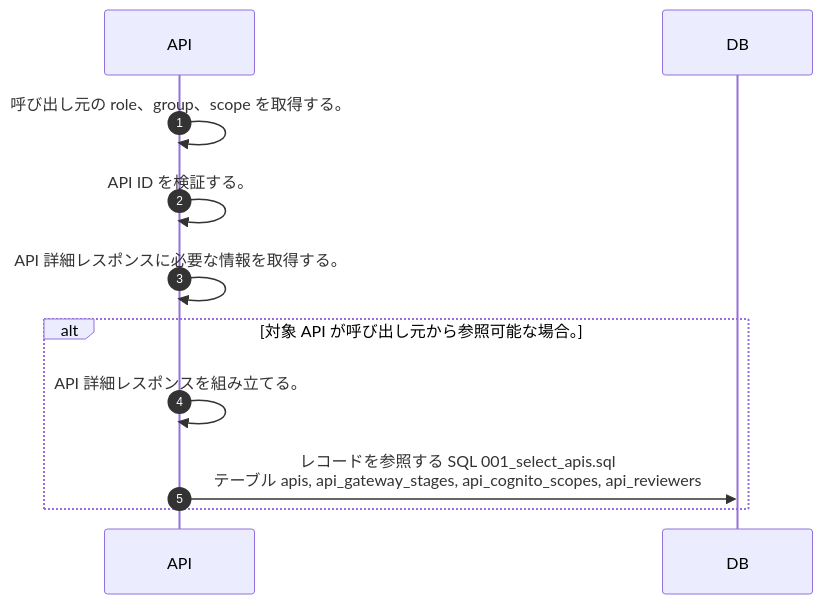
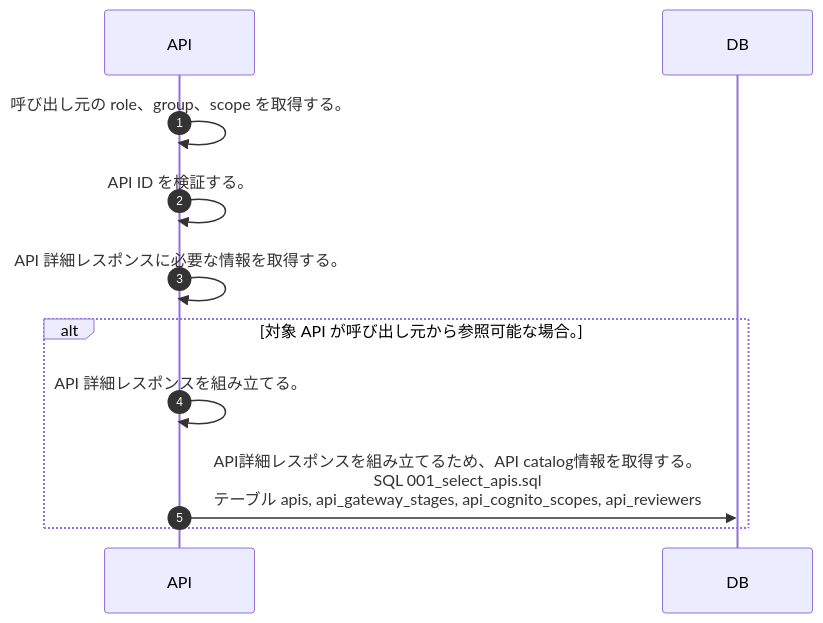
The diagram in docs/spec/40.apis/apis/get_api/sequence_gen.md (tsuji-tomonori/lazunex), drawn with Mermaid before and after one commit. The commit also changed 117 other files, not shown here.

Commit message:
📝 docs(api): SQL意図をシーケンスへ伝播

````diff
--- a/docs/spec/40.apis/apis/get_api/sequence_gen.md
+++ b/docs/spec/40.apis/apis/get_api/sequence_gen.md
@@ -5,13 +5,13 @@
 ```mermaid
 sequenceDiagram
   autonumber
   participant API as API
   participant DB as DB
   API->>API: 呼び出し元の role、group、scope を取得する。
   API->>API: API ID を検証する。
   API->>API: API 詳細レスポンスに必要な情報を取得する。
   alt 対象 API が呼び出し元から参照可能な場合。
     API->>API: API 詳細レスポンスを組み立てる。
-    API->>DB: レコードを参照する SQL 001_select_apis.sql<br/>テーブル apis, api_gateway_stages, api_cognito_scopes, api_reviewers
+    API->>DB: API詳細レスポンスを組み立てるため、API catalog情報を取得する。<br/>SQL 001_select_apis.sql<br/>テーブル apis, api_gateway_stages, api_cognito_scopes, api_reviewers
   end
 ```
````
